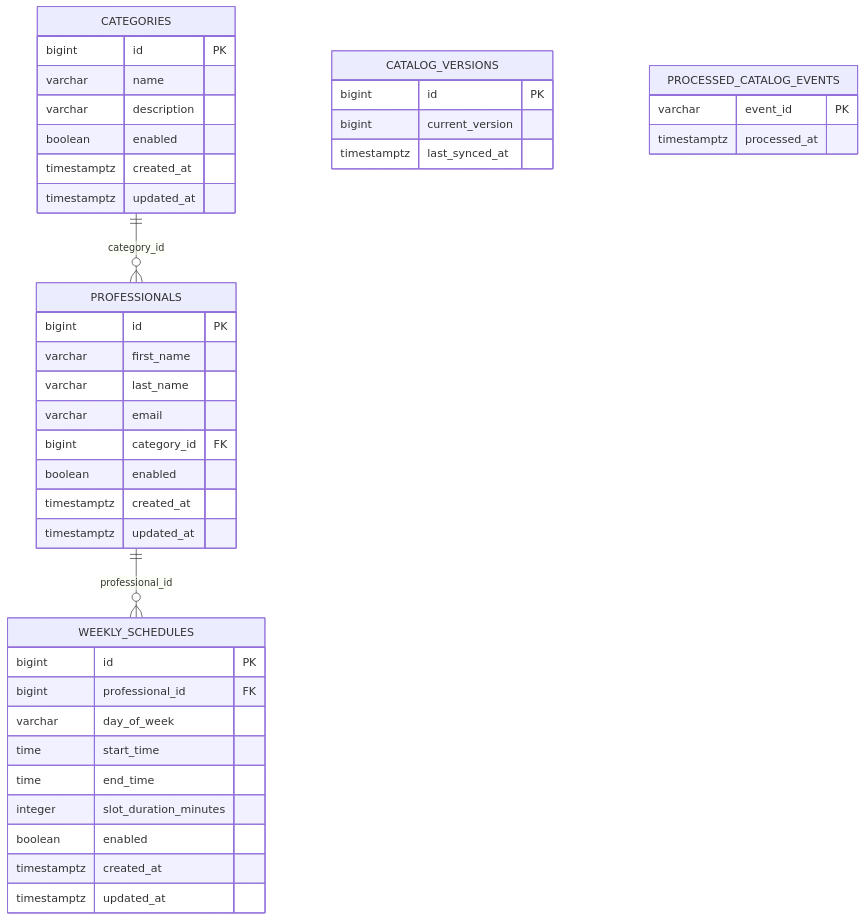
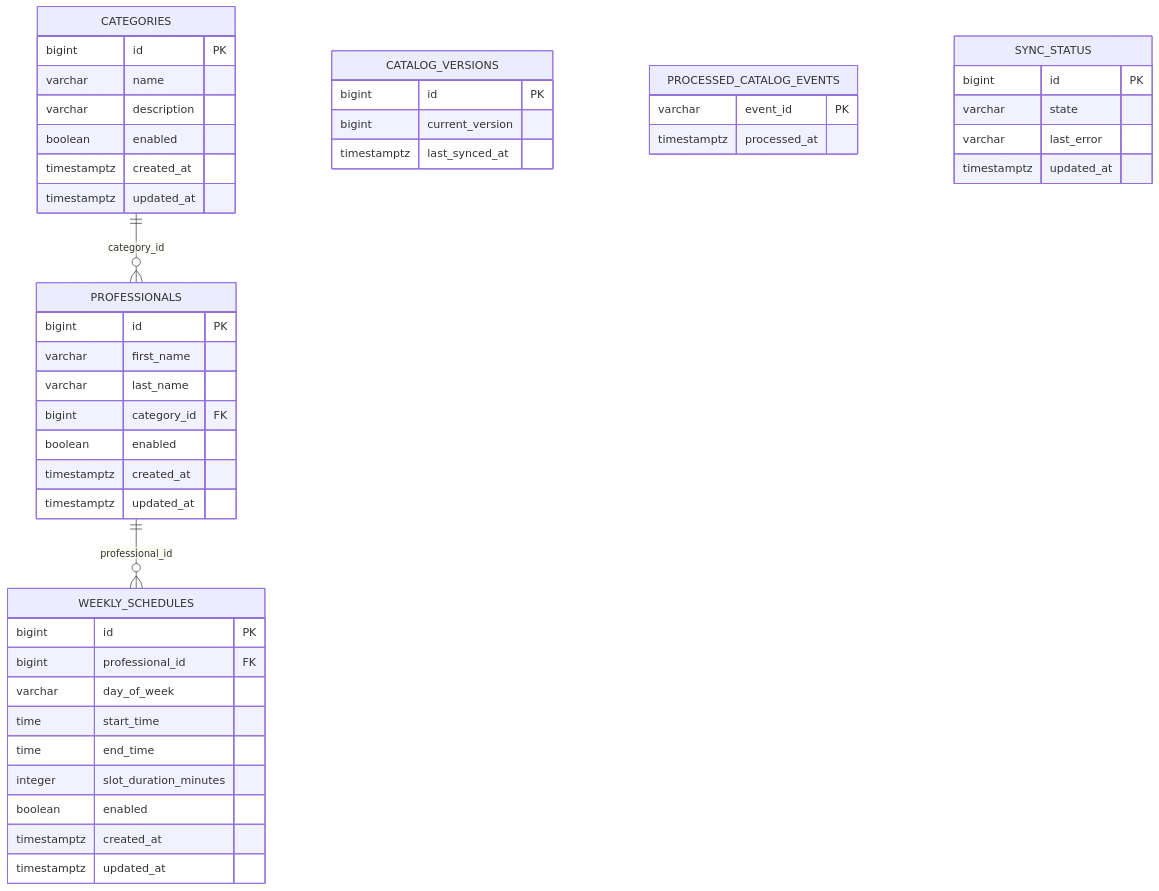
Before and after one commit to L-Faraz/Servicio-catalogo: the diagram in docs/data-model.md, drawn with Mermaid. The commit also changed other lines of this file and 29 other files, not shown here.

````diff
--- a/docs/data-model.md
+++ b/docs/data-model.md
@@ -13,48 +13,54 @@
 ```mermaid
 erDiagram
   CATEGORIES ||--o{ PROFESSIONALS : "category_id"
   PROFESSIONALS ||--o{ WEEKLY_SCHEDULES : "professional_id"
 
   CATEGORIES {
     bigint id PK
     varchar name
     varchar description
     boolean enabled
     timestamptz created_at
     timestamptz updated_at
   }
 
   PROFESSIONALS {
     bigint id PK
     varchar first_name
     varchar last_name
-    varchar email
     bigint category_id FK
     boolean enabled
     timestamptz created_at
     timestamptz updated_at
   }
 
   WEEKLY_SCHEDULES {
     bigint id PK
     bigint professional_id FK
     varchar day_of_week
     time start_time
     time end_time
     integer slot_duration_minutes
     boolean enabled
     timestamptz created_at
     timestamptz updated_at
   }
 
   CATALOG_VERSIONS {
     bigint id PK
     bigint current_version
     timestamptz last_synced_at
   }
 
   PROCESSED_CATALOG_EVENTS {
     varchar event_id PK
     timestamptz processed_at
   }
+
+  SYNC_STATUS {
+    bigint id PK
+    varchar state
+    varchar last_error
+    timestamptz updated_at
+  }
 ```
````
